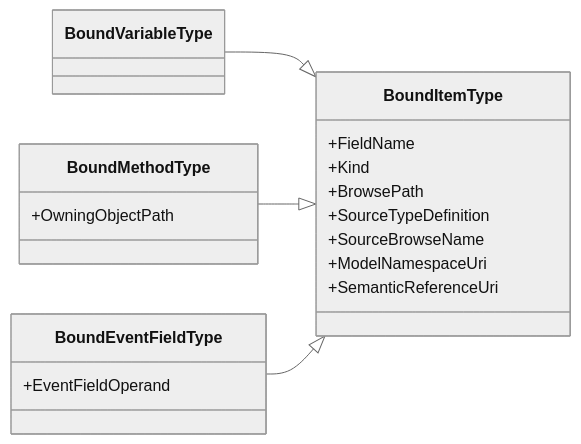
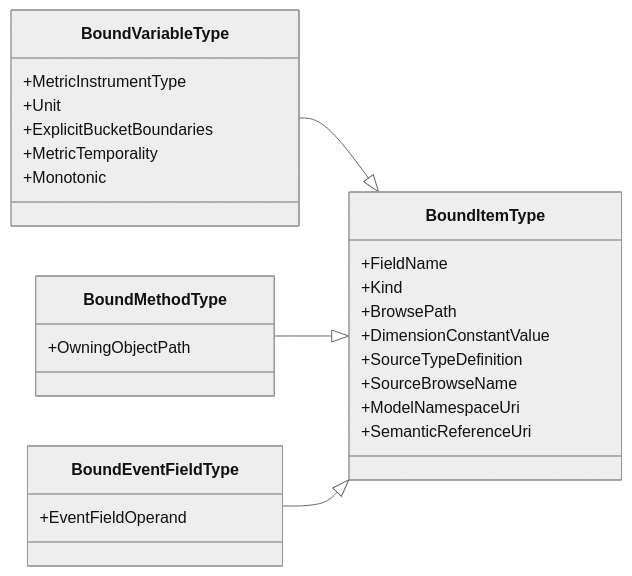
One commit to marcschier/opcua-drafts changed the third of 5 diagrams in core-specs/scenario-binding/OPC-UA-Scenario-Bindings.md. Above: the diagram before and after it, drawn with Mermaid (neutral theme). The commit also changed other lines of this file and 12 other files, not shown here.

````diff
--- a/core-specs/scenario-binding/OPC-UA-Scenario-Bindings.md
+++ b/core-specs/scenario-binding/OPC-UA-Scenario-Bindings.md
@@ -221,25 +224,32 @@
 ```mermaid
 classDiagram
   direction LR
 
   class BoundItemType {
     +FieldName
     +Kind
     +BrowsePath
+    +DimensionConstantValue
     +SourceTypeDefinition
     +SourceBrowseName
     +ModelNamespaceUri
     +SemanticReferenceUri
   }
-  class BoundVariableType
+  class BoundVariableType {
+    +MetricInstrumentType
+    +Unit
+    +ExplicitBucketBoundaries
+    +MetricTemporality
+    +Monotonic
+  }
   class BoundMethodType {
     +OwningObjectPath
   }
   class BoundEventFieldType {
     +EventFieldOperand
   }
 
   BoundVariableType --|> BoundItemType
   BoundMethodType --|> BoundItemType
   BoundEventFieldType --|> BoundItemType
 ```
````
